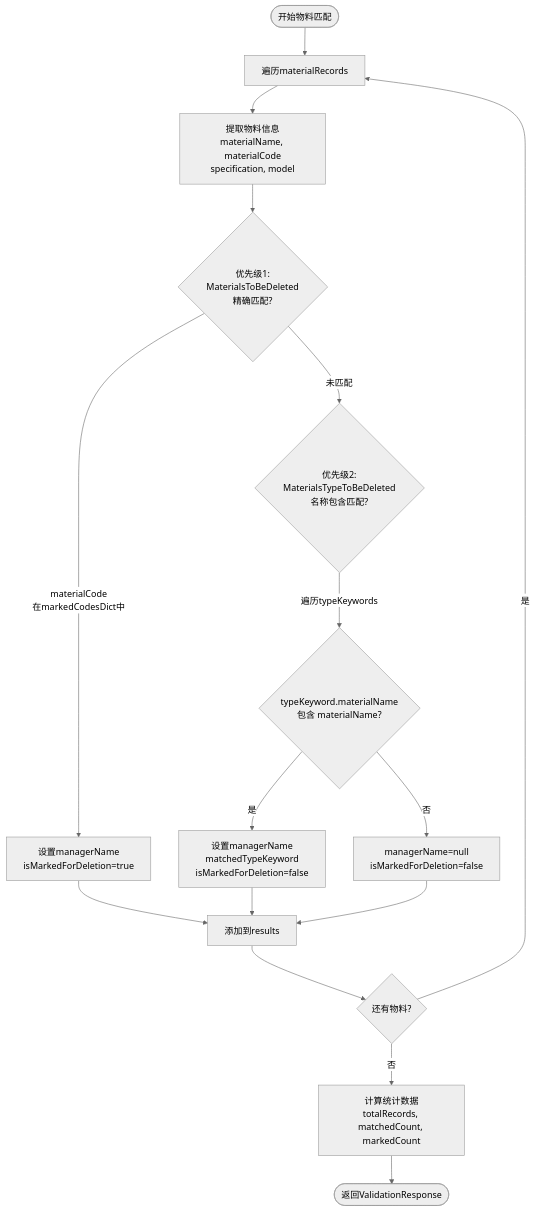
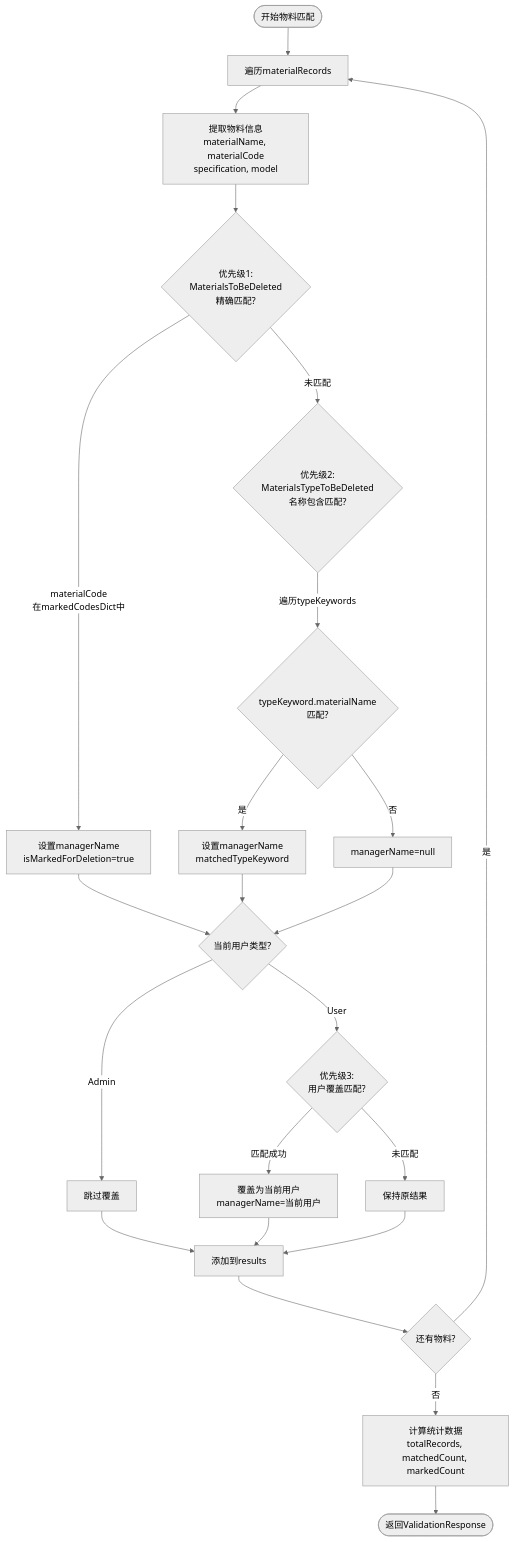
One commit to Misaka-Dev-Hub/ERPAuto changed the sixth of 17 diagrams in docs/cleaner-validation-flow.md. Above: the diagram before and after it, drawn with Mermaid (neutral theme). The commit also changed other lines of this file and 2 other files, not shown here.

First line of the commit message:
feat: add user override match for material validation in cleaner page

````diff
--- a/docs/cleaner-validation-flow.md
+++ b/docs/cleaner-validation-flow.md
@@ -292,24 +292,34 @@
 ```mermaid
 flowchart TB
     Start([开始物料匹配]) --> Loop[遍历materialRecords]
     Loop --> Extract[提取物料信息<br/>materialName, materialCode<br/>specification, model]
 
     Extract --> Priority1{优先级1:<br/>MaterialsToBeDeleted<br/>精确匹配?}
 
     Priority1 -->|materialCode<br/>在markedCodesDict中| SetMarked[设置managerName<br/>isMarkedForDeletion=true]
     Priority1 -->|未匹配| Priority2{优先级2:<br/>MaterialsTypeToBeDeleted<br/>名称包含匹配?}
 
-    SetMarked --> PushResult[添加到results]
-    Priority2 -->|遍历typeKeywords| CheckContains{typeKeyword.materialName<br/>包含 materialName?}
+    SetMarked --> CheckUser{当前用户类型?}
+    Priority2 -->|遍历typeKeywords| CheckContains{typeKeyword.materialName<br/>匹配?}
 
-    CheckContains -->|是| SetMatched[设置managerName<br/>matchedTypeKeyword<br/>isMarkedForDeletion=false]
-    CheckContains -->|否| SetNull[managerName=null<br/>isMarkedForDeletion=false]
+    CheckContains -->|是| SetMatched[设置managerName<br/>matchedTypeKeyword]
+    CheckContains -->|否| SetNull[managerName=null]
 
-    SetMatched --> PushResult
-    SetNull --> PushResult
+    SetMatched --> CheckUser
+    SetNull --> CheckUser
+
+    CheckUser -->|Admin| Skip[跳过覆盖]
+    CheckUser -->|User| Priority3{优先级3:<br/>用户覆盖匹配?}
+
+    Priority3 -->|匹配成功| Override[覆盖为当前用户<br/>managerName=当前用户]
+    Priority3 -->|未匹配| Keep[保持原结果]
+
+    Skip --> PushResult[添加到results]
+    Override --> PushResult
+    Keep --> PushResult
 
     PushResult --> Next{还有物料?}
     Next -->|是| Loop
     Next -->|否| Stats[计算统计数据<br/>totalRecords, matchedCount, markedCount]
     Stats --> Return([返回ValidationResponse])
 ```
````
